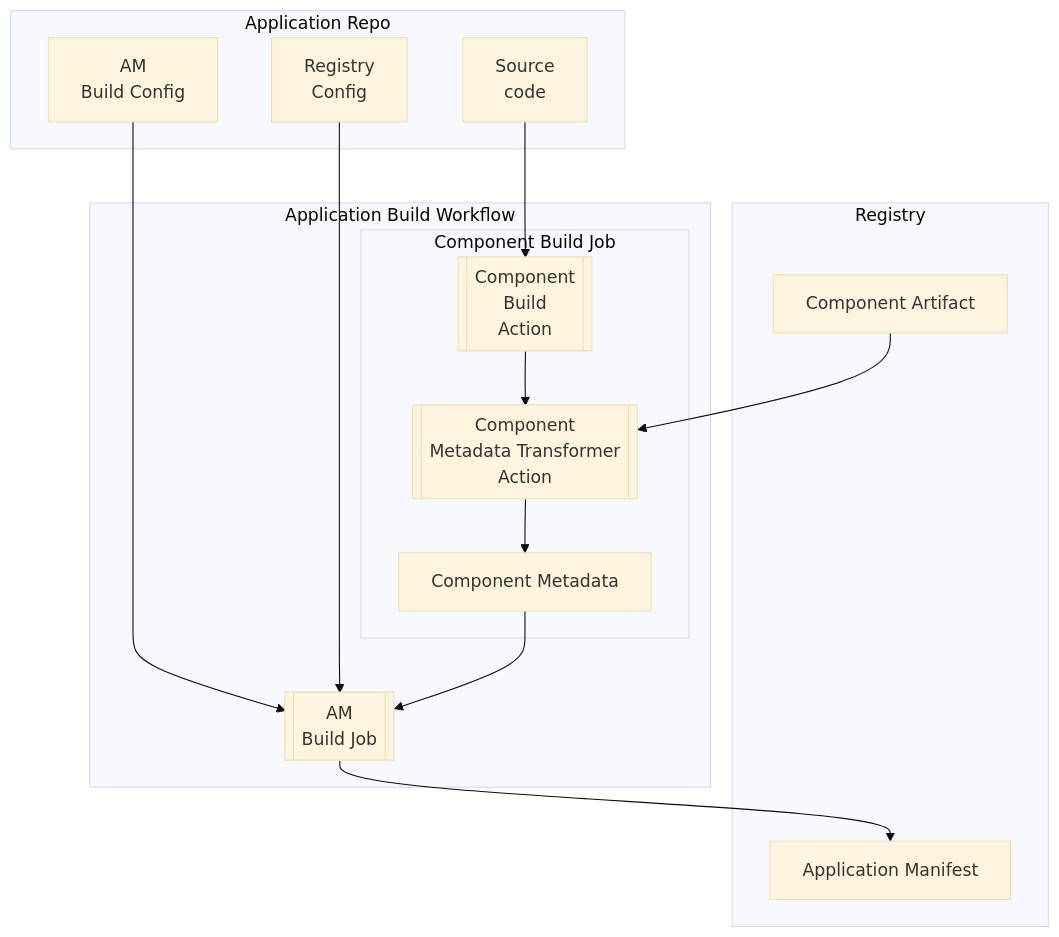
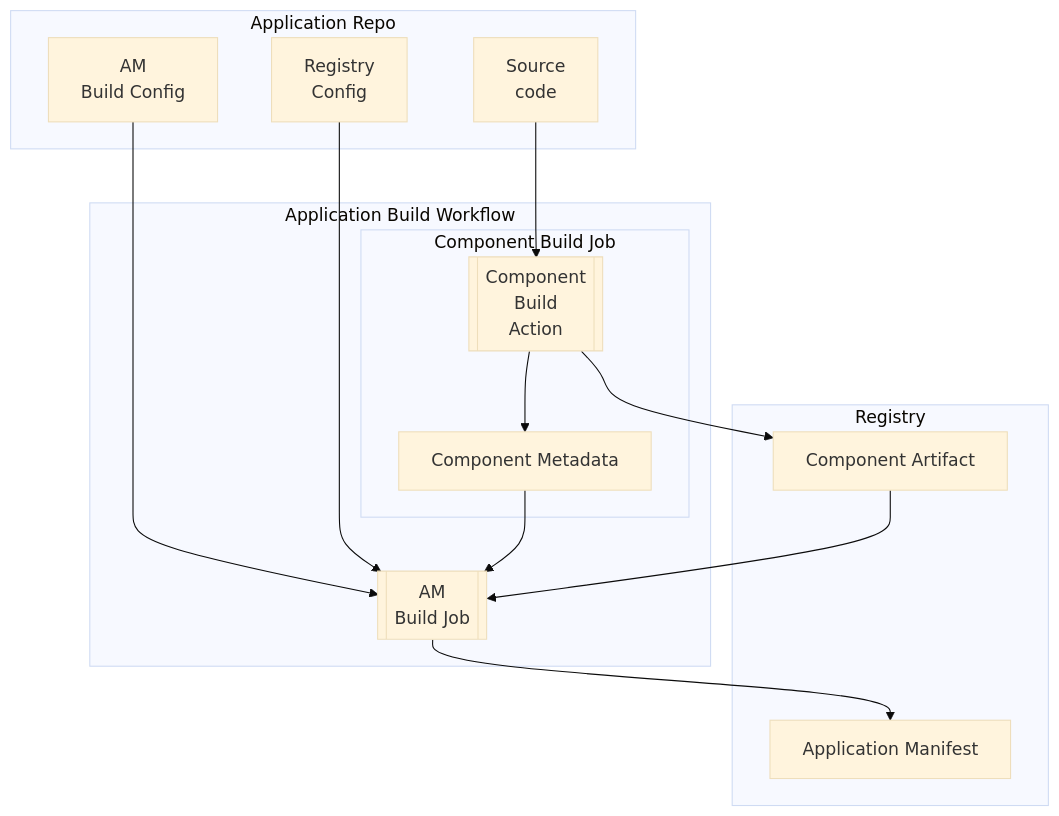
The diagram in docs/analysis/application-manifest-build-cli.md (sivareddyit/qubership-envgene), drawn with Mermaid (base theme) before and after one commit. The commit also changed other lines of this file and 2 other files, not shown here.

````diff
--- a/docs/analysis/application-manifest-build-cli.md
+++ b/docs/analysis/application-manifest-build-cli.md
@@ -43,28 +47,28 @@
 ```mermaid
 flowchart TD
     subgraph Application Repo
       A[AM<br>Build Config]
       B[Registry<br>Config]
       C[Source<br>code]
     end
     subgraph Registry
       F[Application Manifest]
       H[Component Artifact]
     end
     subgraph Application Build Workflow
       subgraph Component Build Job
         D1[[Component<br>Build<br>Action]]
-        D2[[Component<br>Metadata Transformer<br>Action]]
+        %% D2[[Component<br>Metadata Transformer<br>Action]]
         D3[Component Metadata]
-        D1 --> D2
-        D2 --> D3
+        D1 --> D3
       end
       E[[AM<br>Build Job]]
     end
     A --> E
     B --> E
     D3 --> E
-    H --> D2
+    D1 --> H 
+    H --> E
     C --> D1
     E --> F
 ```
````
